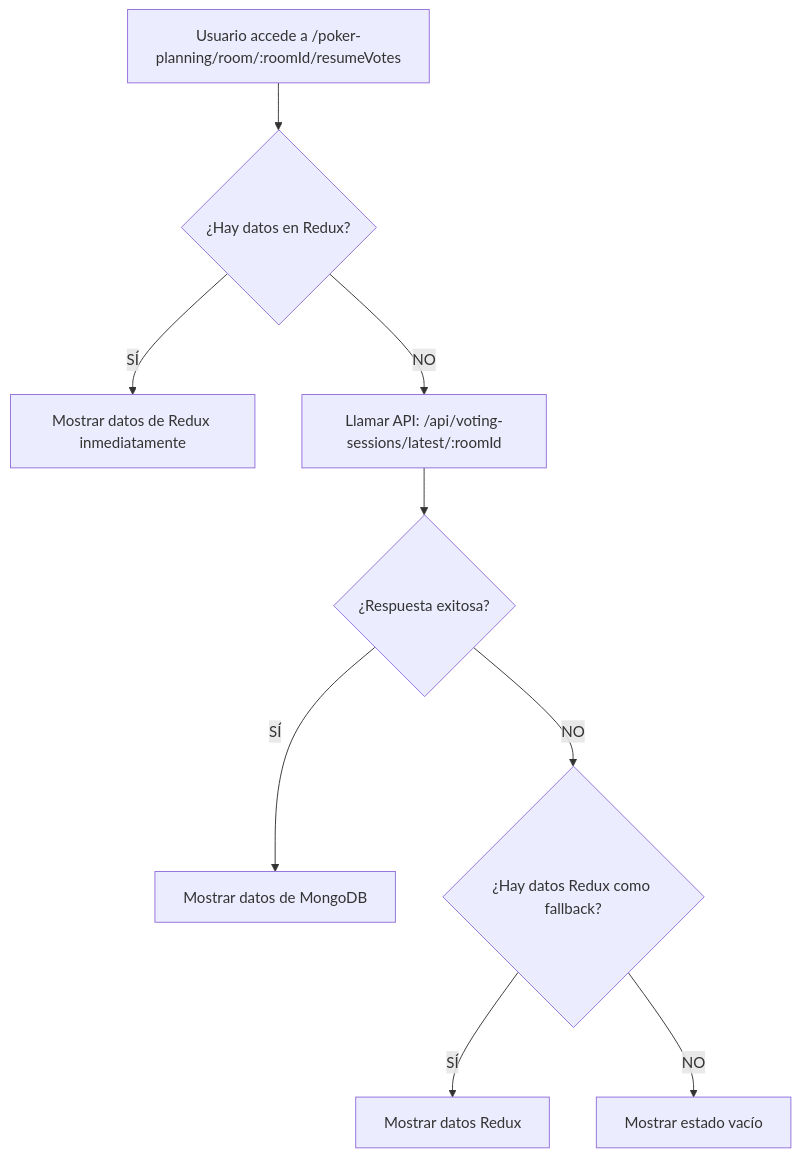
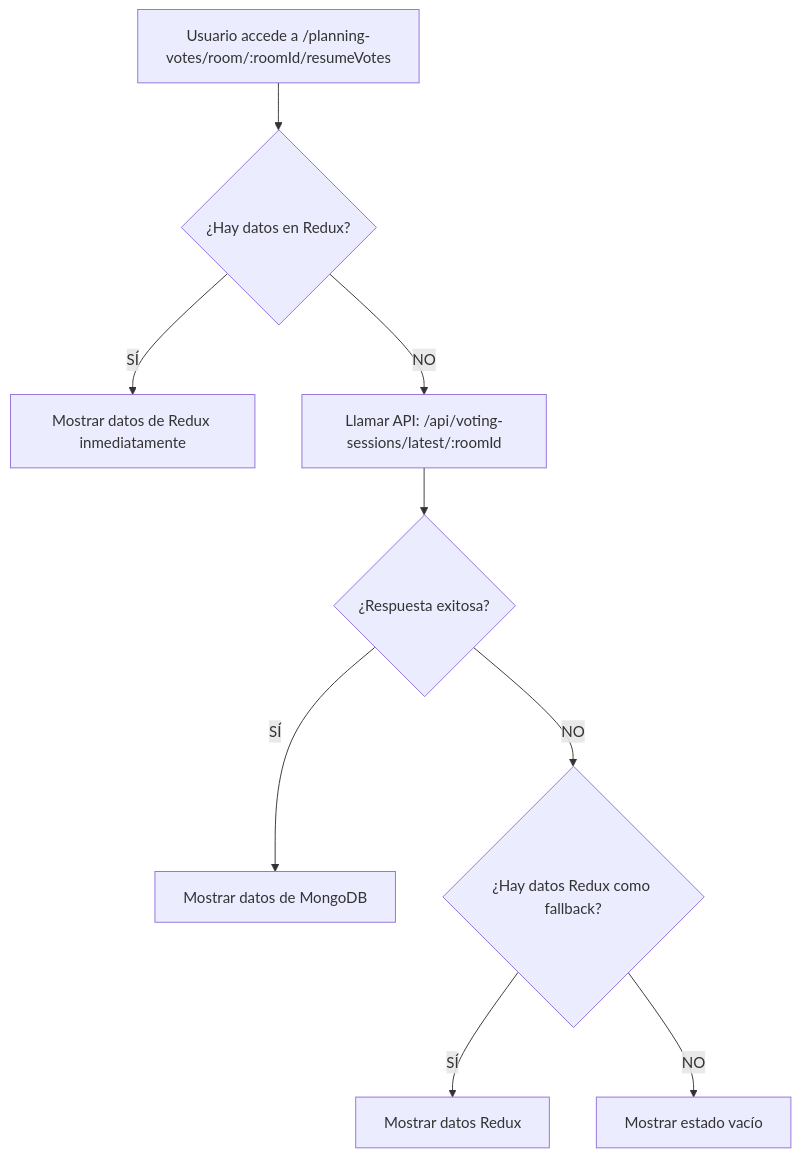
One commit to olscode/novagilkit-front changed the diagram in MONGODB_IMPLEMENTATION.md. Above: the diagram before and after it, drawn with Mermaid. The commit also changed other lines of this file and 40 other files, not shown here.

````diff
--- a/MONGODB_IMPLEMENTATION.md
+++ b/MONGODB_IMPLEMENTATION.md
@@ -112,11 +94,11 @@
 ```mermaid
 graph TD
-    A[Usuario accede a /poker-planning/room/:roomId/resumeVotes] --> B{¿Hay datos en Redux?}
+    A[Usuario accede a /planning-votes/room/:roomId/resumeVotes] --> B{¿Hay datos en Redux?}
     B -->|SÍ| C[Mostrar datos de Redux inmediatamente]
     B -->|NO| D[Llamar API: /api/voting-sessions/latest/:roomId]
     D --> E{¿Respuesta exitosa?}
     E -->|SÍ| F[Mostrar datos de MongoDB]
     E -->|NO| G{¿Hay datos Redux como fallback?}
     G -->|SÍ| H[Mostrar datos Redux]
     G -->|NO| I[Mostrar estado vacío]
 ```
````
